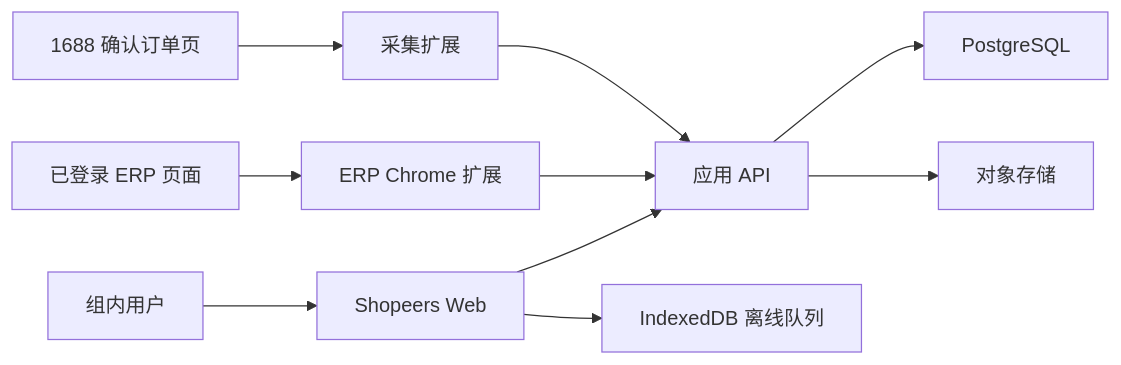
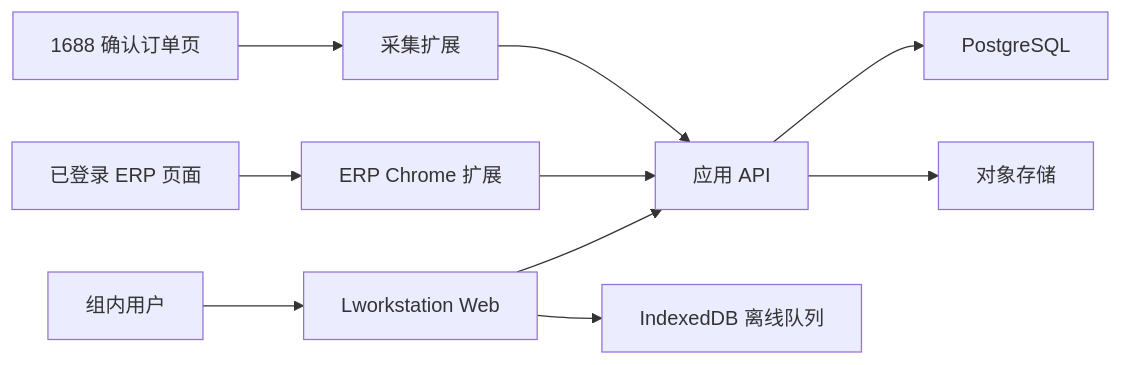
One commit to love70805/lworkstation changed the diagram in frontend/docs/integration/CLOUD_ARCHITECTURE.md. Above: the diagram before and after it, drawn with Mermaid. The commit also changed other lines of this file and 55 other files, not shown here.

````diff
--- a/frontend/docs/integration/CLOUD_ARCHITECTURE.md
+++ b/frontend/docs/integration/CLOUD_ARCHITECTURE.md
@@ -19,12 +19,12 @@
 ```mermaid
 flowchart LR
-  U["组内用户"] --> WEB["Shopeers Web"]
+  U["组内用户"] --> WEB["Lworkstation Web"]
   WEB --> API["应用 API"]
   API --> DB["PostgreSQL"]
   API --> OBJ["对象存储"]
   WEB --> IDB["IndexedDB 离线队列"]
   ERP["已登录 ERP 页面"] --> EXT["ERP Chrome 扩展"]
   EXT --> API
   A1688["1688 确认订单页"] --> CAP["采集扩展"]
   CAP --> API
 ```
````
